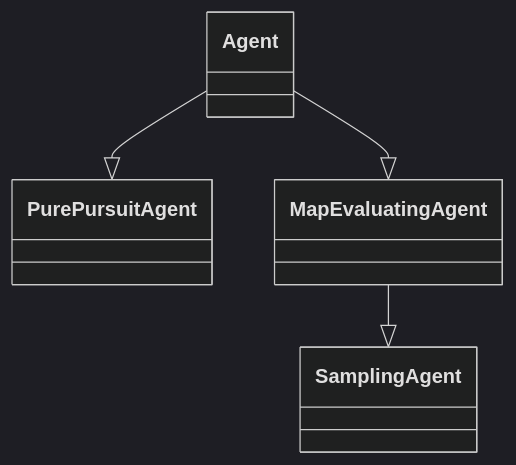
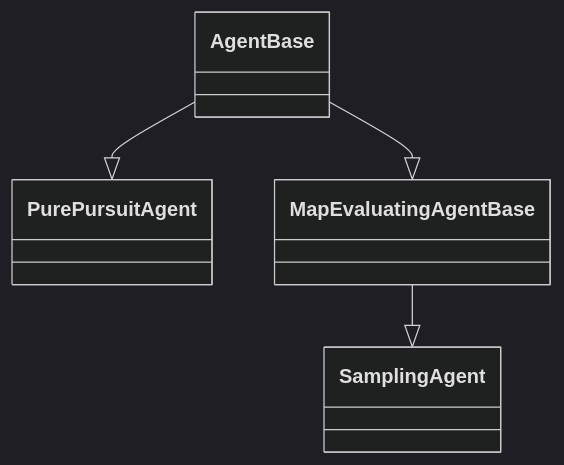
One commit to PetyM/f1tenth_workspace changed the diagram in readme.md. Above: the diagram before and after it, drawn with Mermaid (dark theme). The commit also changed 2 other files, not shown here.

````diff
--- a/readme.md
+++ b/readme.md
@@ -5,7 +5,7 @@
 ```mermaid
 classDiagram
-    Agent --|> PurePursuitAgent
-    Agent --|> MapEvaluatingAgent
-    MapEvaluatingAgent --|> SamplingAgent
+    AgentBase --|> PurePursuitAgent
+    AgentBase --|> MapEvaluatingAgentBase
+    MapEvaluatingAgentBase --|> SamplingAgent
 
 ```
````
